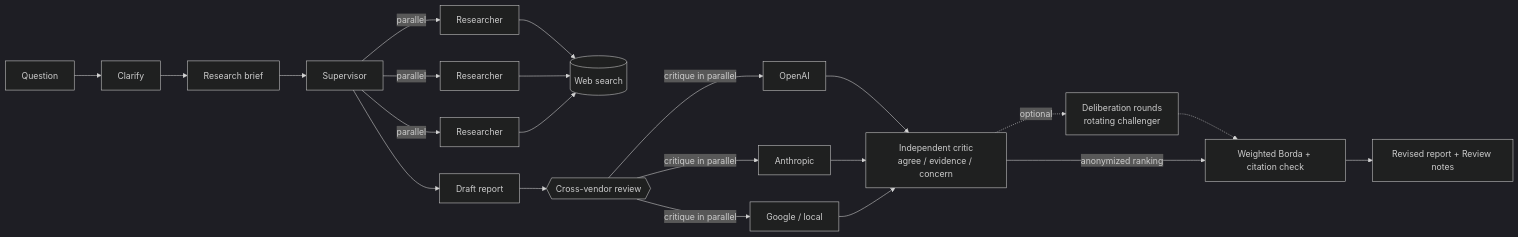
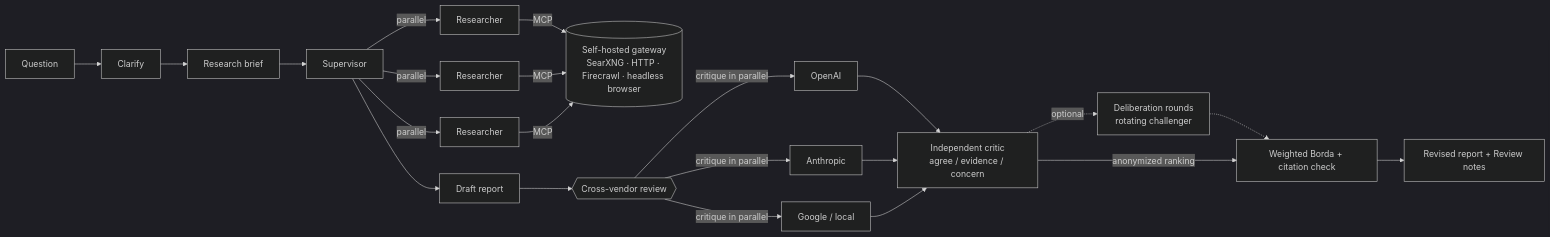
One commit to j-zulick/crossvet changed the diagram in README.md. Above: the diagram before and after it, drawn with Mermaid (dark theme). The commit also changed other lines of this file and 13 other files, not shown here.

First line of the commit message:
feat(search): grounded search on a self-hosted research gateway over MCP

````diff
--- a/README.md
+++ b/README.md
@@ -20,14 +20,14 @@
 ```mermaid
 flowchart LR
     Q[Question] --> C[Clarify] --> B[Research brief] --> S[Supervisor]
     S -->|parallel| R1[Researcher] & R2[Researcher] & R3[Researcher]
-    R1 & R2 & R3 --> W[(Web search)]
+    R1 & R2 & R3 -->|MCP| W[(Self-hosted gateway<br/>SearXNG · HTTP · Firecrawl · headless browser)]
     S --> F[Draft report]
     F --> X{{Cross-vendor review}}
     X -->|critique in parallel| M1[OpenAI] & M2[Anthropic] & M3[Google / local]
     M1 & M2 & M3 --> K[Independent critic<br/>agree / evidence / concern]
     K -.->|optional| D[Deliberation rounds<br/>rotating challenger]
     D -.-> V
     K -->|anonymized ranking| V[Weighted Borda + citation check]
     V --> FR[Revised report + Review notes]
 ```
````
